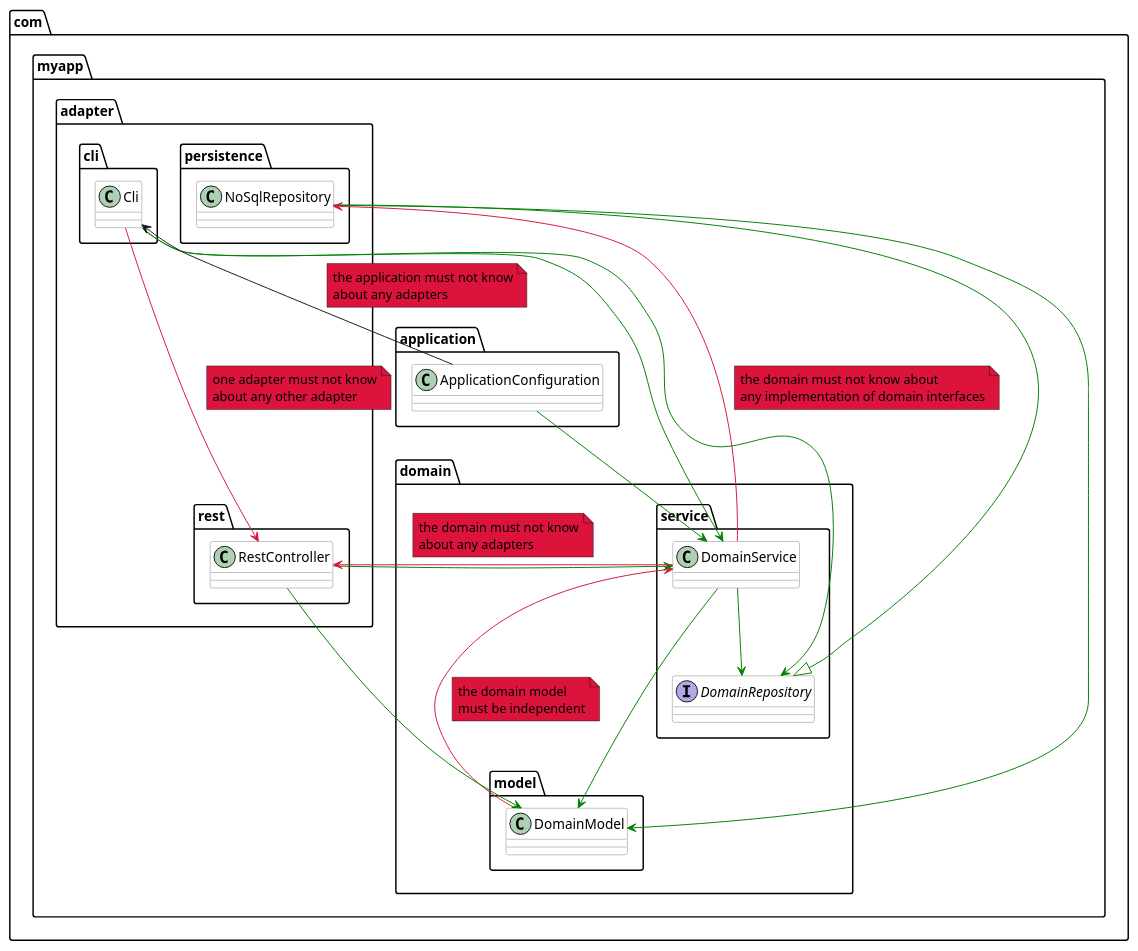
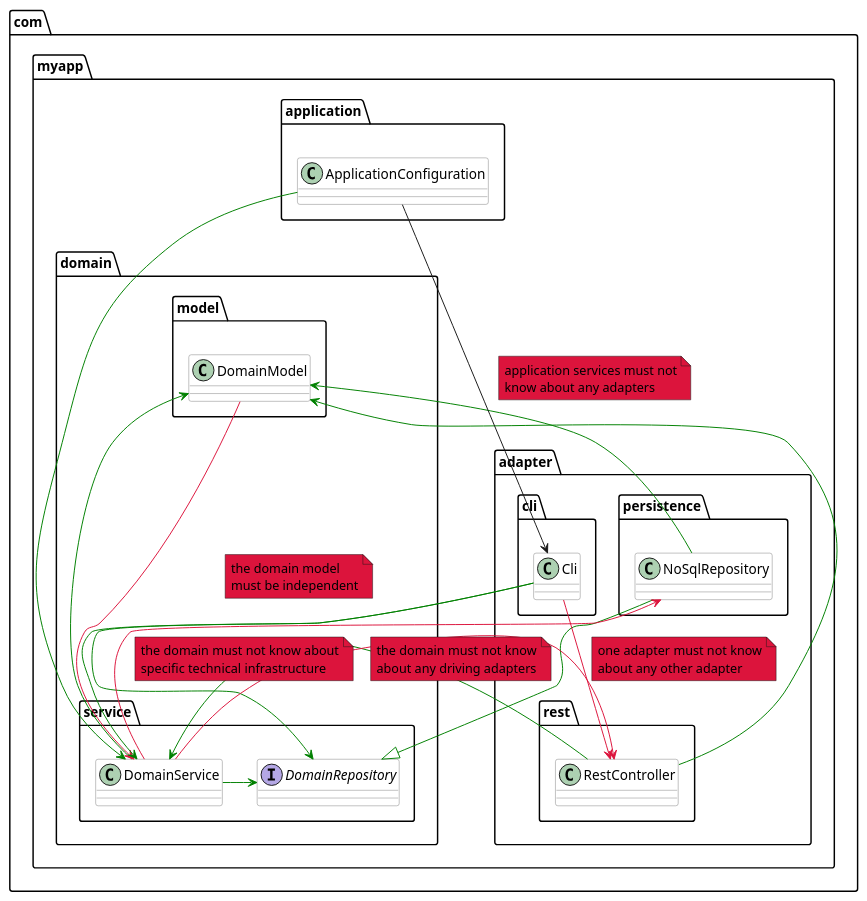
Before and after one commit to TNG/ArchUnit: the first of 2 diagrams in docs/userguide/008_The_Library_API.adoc, drawn with PlantUML. The commit also changed other lines of this file and 3 other files, not shown here.

First line of the commit message:
Review: Regenerate User Guide with added Onion Architecture (note that that part about FreezingArchRule was outdated as well). Adjusted the diagram a little, because I think it is easier if domain and adapters are grouped.

```diff
--- a/docs/userguide/008_The_Library_API.adoc
+++ b/docs/userguide/008_The_Library_API.adoc
@@ -53,59 +58,58 @@
 [plantuml, "onion-architecture-check"]
 ----
 skinparam componentStyle uml2
-
-skinparam component {
-  BorderColor #grey
-  BackgroundColor #white
-}
 
 skinparam class {
   BorderColor #grey
   BackgroundColor #white
 }
 
-package "com.myapp.domain.model" {
-    class DomainModel
-}
-package com.myapp.domain.service {
-    class DomainService
-    interface DomainRepository
+package com.myapp.domain {
+    package model {
+        class DomainModel
+    }
+    package service {
+        class DomainService
+        interface DomainRepository
+    }
 }
 package com.myapp.application {
     class ApplicationConfiguration
 }
-package com.myapp.adapter.cli {
-    class Cli
-}
-package com.myapp.adapter.persistence {
-    class NoSqlRepository
-}
-package com.myapp.adapter.rest {
-    class RestController
+package com.myapp.adapter {
+    package cli {
+        class Cli
+    }
+    package persistence {
+        class NoSqlRepository
+    }
+    package rest {
+        class RestController
+    }
 }
 
 DomainService --> DomainModel #green
-DomainService --> DomainRepository #green
+DomainService -right-> DomainRepository #green
 
-ApplicationConfiguration --> DomainService #green
+ApplicationConfiguration ---> DomainService #green
 Cli --> DomainService #green
 Cli --> DomainRepository #green
-NoSqlRepository -up-|> DomainRepository #green
+NoSqlRepository --|> DomainRepository #green
 NoSqlRepository --> DomainModel #green
-RestController --> DomainService #green
+RestController -> DomainService #green
 RestController --> DomainModel #green
 
-DomainModel -up--> DomainService #crimson
+DomainModel ---> DomainService #crimson
 note right on link #crimson: the domain model\nmust be independent
 
-DomainService -up--> RestController #crimson
-note right on link #crimson: the domain must not know\nabout any adapters
-DomainService ---> NoSqlRepository #crimson
-note right on link #crimson: the domain must not know about\nany implementation of domain interfaces
+DomainService --> RestController #crimson
+note right on link #crimson: the domain must not know\nabout any driving adapters
+DomainService --> NoSqlRepository #crimson
+note right on link #crimson: the domain must not know about\nspecific technical infrastructure
 
-ApplicationConfiguration -up-> Cli
-note right on link #crimson: the application must not know\nabout any adapters
+ApplicationConfiguration ---> Cli
+note right on link #crimson: application services must not\nknow about any adapters
 
-Cli ---> RestController #crimson
+Cli --> RestController #crimson
 note right on link #crimson: one adapter must not know\nabout any other adapter
 ----
```
